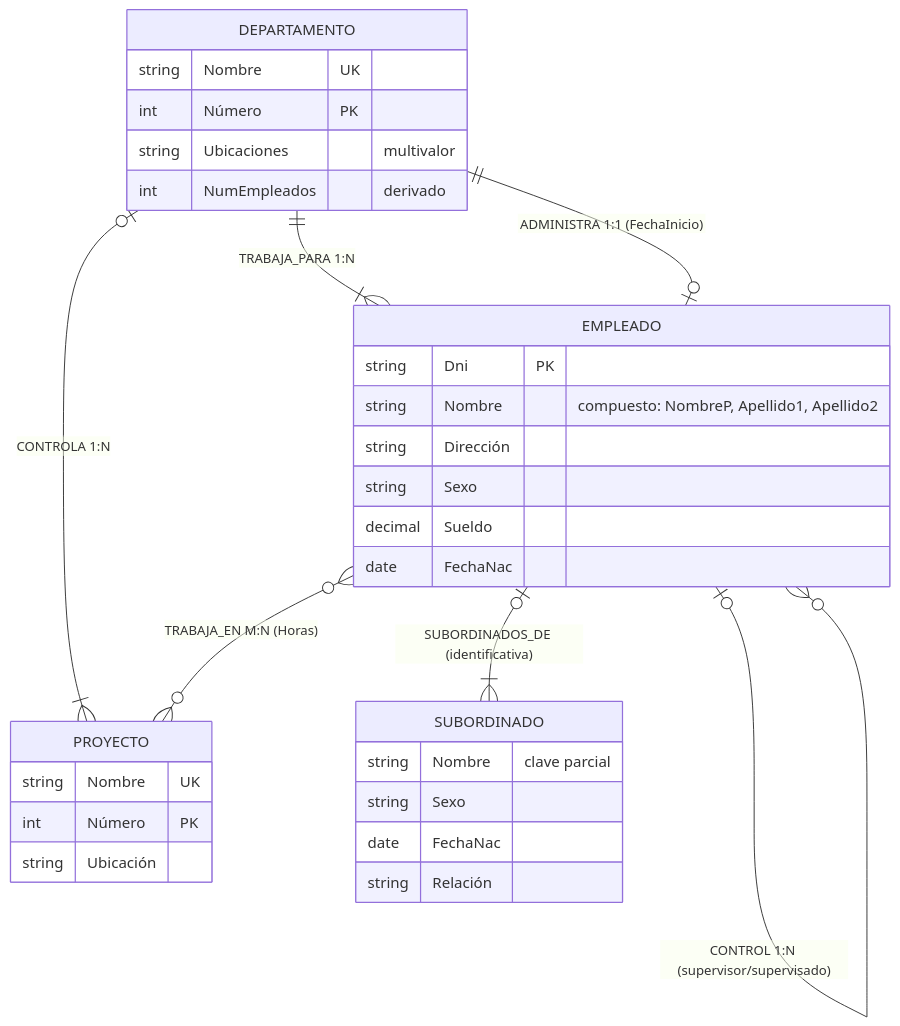
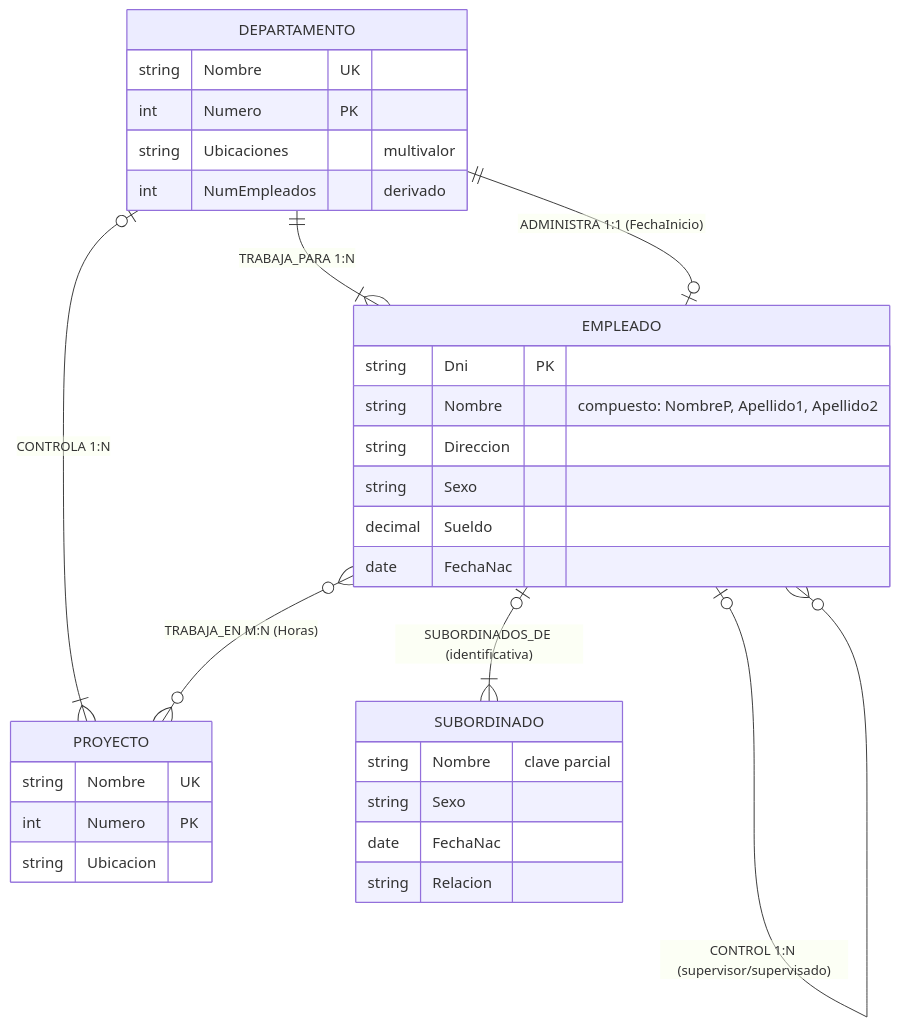
The third of 3 diagrams in isc-321/unidad-1/modelo-entidad-relacion.md (ISCODIGO/iscodigo.github.io), drawn with Mermaid before and after one commit.

Commit message:
docs: normalize attribute names in entity-relationship model
Replace accented characters (Dirección, Número, Ubicación, Relación) with their
unaccented equivalents (Direccion, Numero, Ubicacion, Relacion) in the Mermaid
erDiagram for ISC-321 Unidad 1. This ensures compatibility with tools that do
not handle accented characters well in diagram identifiers.

````diff
--- a/isc-321/unidad-1/modelo-entidad-relacion.md
+++ b/isc-321/unidad-1/modelo-entidad-relacion.md
@@ -185,35 +185,35 @@
 ```mermaid
 erDiagram
     DEPARTAMENTO ||--|{ EMPLEADO : "TRABAJA_PARA 1:N"
     EMPLEADO |o--|| DEPARTAMENTO : "ADMINISTRA 1:1 (FechaInicio)"
     DEPARTAMENTO |o--|{ PROYECTO : "CONTROLA 1:N"
     EMPLEADO }o--o{ PROYECTO : "TRABAJA_EN M:N (Horas)"
     EMPLEADO |o--o{ EMPLEADO : "CONTROL 1:N (supervisor/supervisado)"
     EMPLEADO |o--|{ SUBORDINADO : "SUBORDINADOS_DE (identificativa)"
 
     EMPLEADO {
         string Dni PK
         string Nombre "compuesto: NombreP, Apellido1, Apellido2"
-        string Dirección
+        string Direccion
         string Sexo
         decimal Sueldo
         date FechaNac
     }
     DEPARTAMENTO {
         string Nombre UK
-        int Número PK
+        int Numero PK
         string Ubicaciones "multivalor"
         int NumEmpleados "derivado"
     }
     PROYECTO {
         string Nombre UK
-        int Número PK
-        string Ubicación
+        int Numero PK
+        string Ubicacion
     }
     SUBORDINADO {
         string Nombre "clave parcial"
         string Sexo
         date FechaNac
-        string Relación
+        string Relacion
     }
 ```
````
